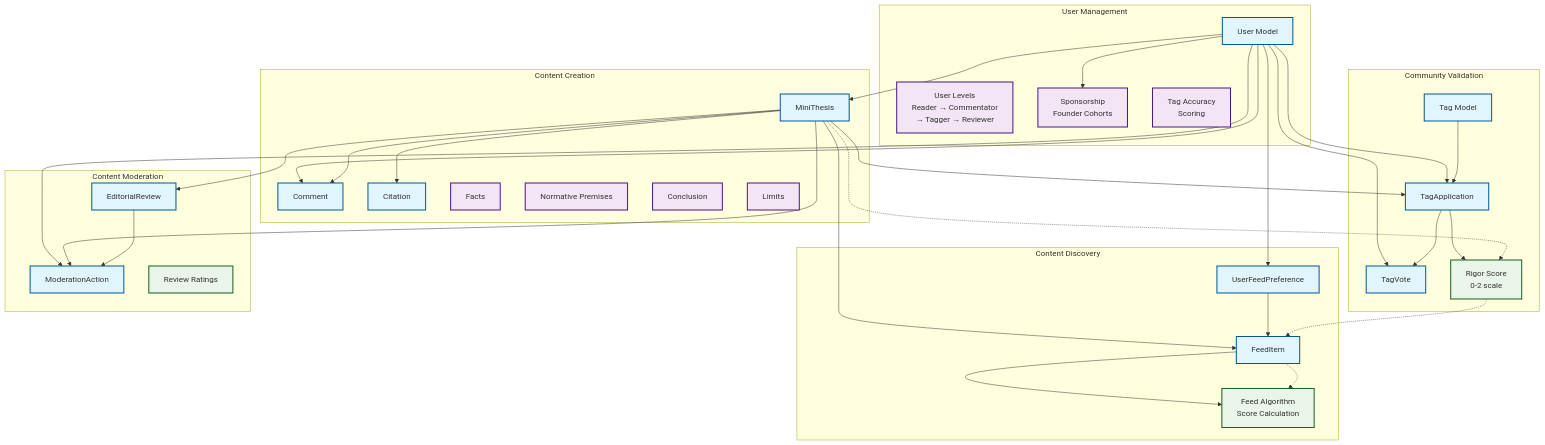
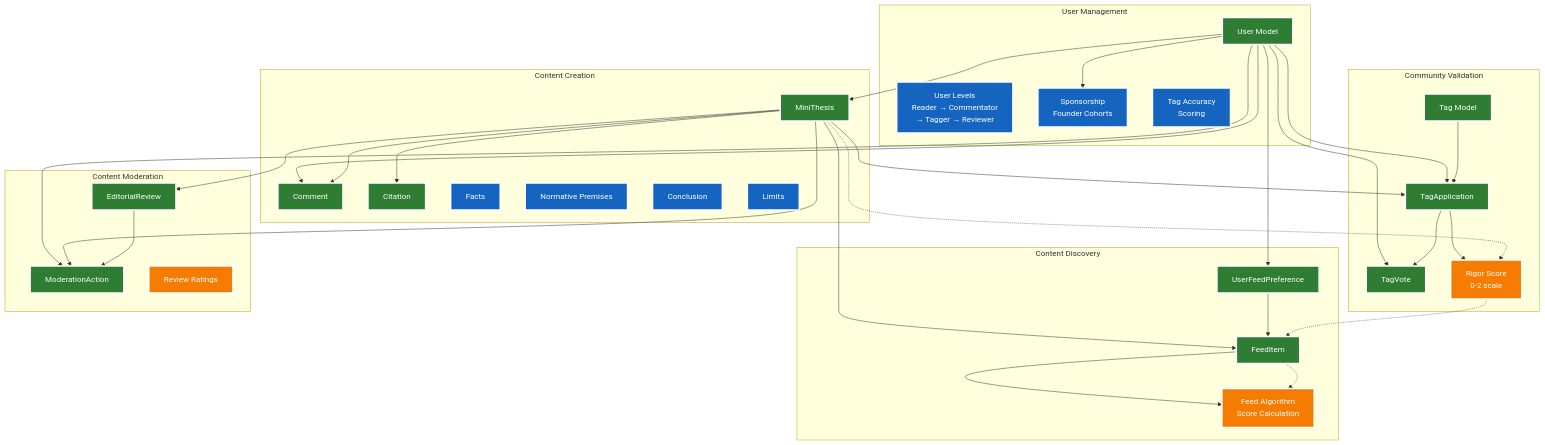
The diagram in diagrams/architecture_overview.md (kakchouch/hume_social), drawn with Mermaid before and after one commit. The commit also changed 3 other files, not shown here.

Commit message:
adjusted colors in diagrams

````diff
--- a/diagrams/architecture_overview.md
+++ b/diagrams/architecture_overview.md
@@ -3,82 +3,82 @@
 ```mermaid
 graph TB
     %% User System
     subgraph "User Management"
         U[User Model]
         UL[User Levels<br/>Reader → Commentator<br/>→ Tagger → Reviewer]
         SP[Sponsorship<br/>Founder Cohorts]
         TA[Tag Accuracy<br/>Scoring]
     end
 
     %% Content System
     subgraph "Content Creation"
         MT[MiniThesis]
         C[Comment]
         CT[Citation]
         F[Facts]
         P[Normative Premises]
         CN[Conclusion]
         L[Limits]
     end
 
     %% Validation System
     subgraph "Community Validation"
         TAG[Tag Model]
         TA_APP[TagApplication]
         TV[TagVote]
         RS[Rigor Score<br/>0-2 scale]
     end
 
     %% Feed System
     subgraph "Content Discovery"
         FP[UserFeedPreference]
         FI[FeedItem]
         FA[Feed Algorithm<br/>Score Calculation]
     end
 
     %% Moderation System
     subgraph "Content Moderation"
         MR[EditorialReview]
         MA[ModerationAction]
         MQ[Review Ratings]
     end
 
     %% Relationships
     U --> MT
     U --> C
     U --> TA_APP
     U --> TV
     U --> FP
     U --> SP
     U --> MA
 
     MT --> C
     MT --> CT
     MT --> TA_APP
     MT --> FI
     MT --> MR
     MT --> MA
 
     TAG --> TA_APP
     TA_APP --> TV
     TA_APP --> RS
 
     FP --> FI
     FI --> FA
 
     MR --> MA
 
     %% Data Flow
     MT -.-> RS
     RS -.-> FI
     FI -.-> FA
 
-    %% Styling
-    classDef modelClass fill:#e1f5fe,stroke:#01579b,stroke-width:2px
-    classDef systemClass fill:#f3e5f5,stroke:#4a148c,stroke-width:2px
-    classDef processClass fill:#e8f5e8,stroke:#1b5e20,stroke-width:2px
+    %% Styling - High Contrast Theme
+    classDef modelClass fill:#2e7d32,stroke:#ffffff,stroke-width:3px,color:#ffffff
+    classDef systemClass fill:#1565c0,stroke:#ffffff,stroke-width:3px,color:#ffffff
+    classDef processClass fill:#f57c00,stroke:#ffffff,stroke-width:3px,color:#ffffff
 
     class U,MT,C,CT,TAG,TA_APP,TV,FP,FI,MR,MA modelClass
     class UL,SP,TA,F,P,CN,L systemClass
     class RS,FA,MQ processClass
 ```
````
